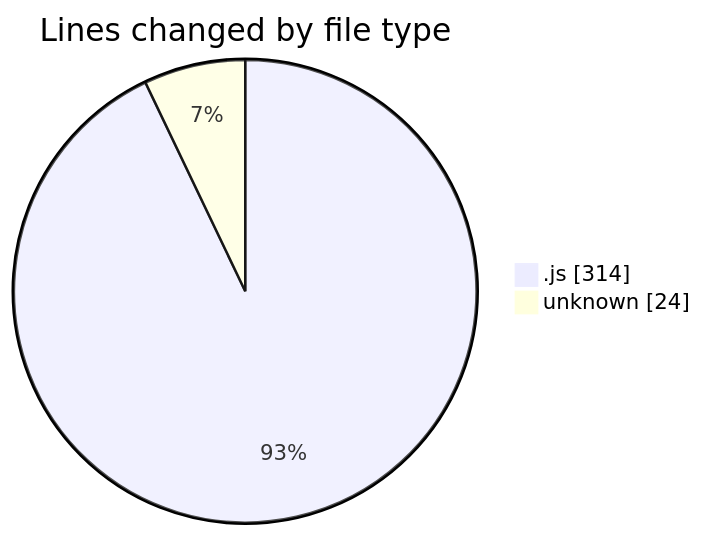
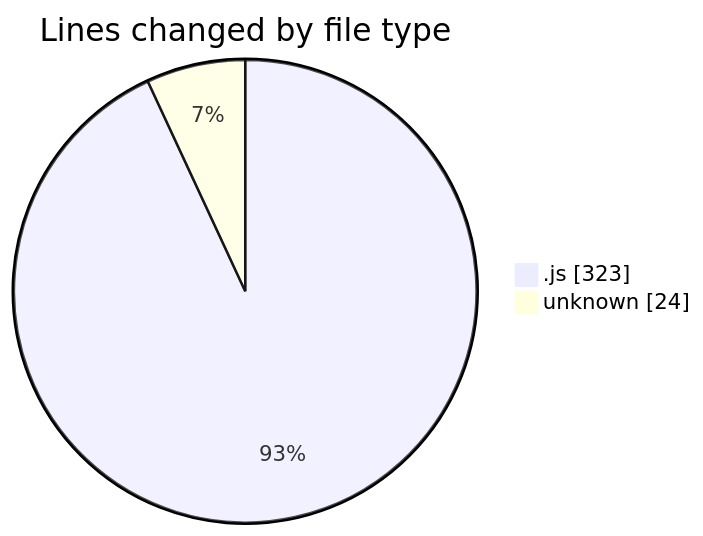
Before and after one commit to momahboobian/code-tracking: the first of 2 diagrams in 2025-02-05/cda/README.md, drawn with Mermaid. The commit also changed other lines of this file and 1 other file, not shown here.

````diff
--- a/2025-02-05/cda/README.md
+++ b/2025-02-05/cda/README.md
@@ -27,6 +27,6 @@
 ```mermaid
 pie showData
 title Lines changed by file type
-".js" : 314
+".js" : 323
 "unknown" : 24
 ```
````
